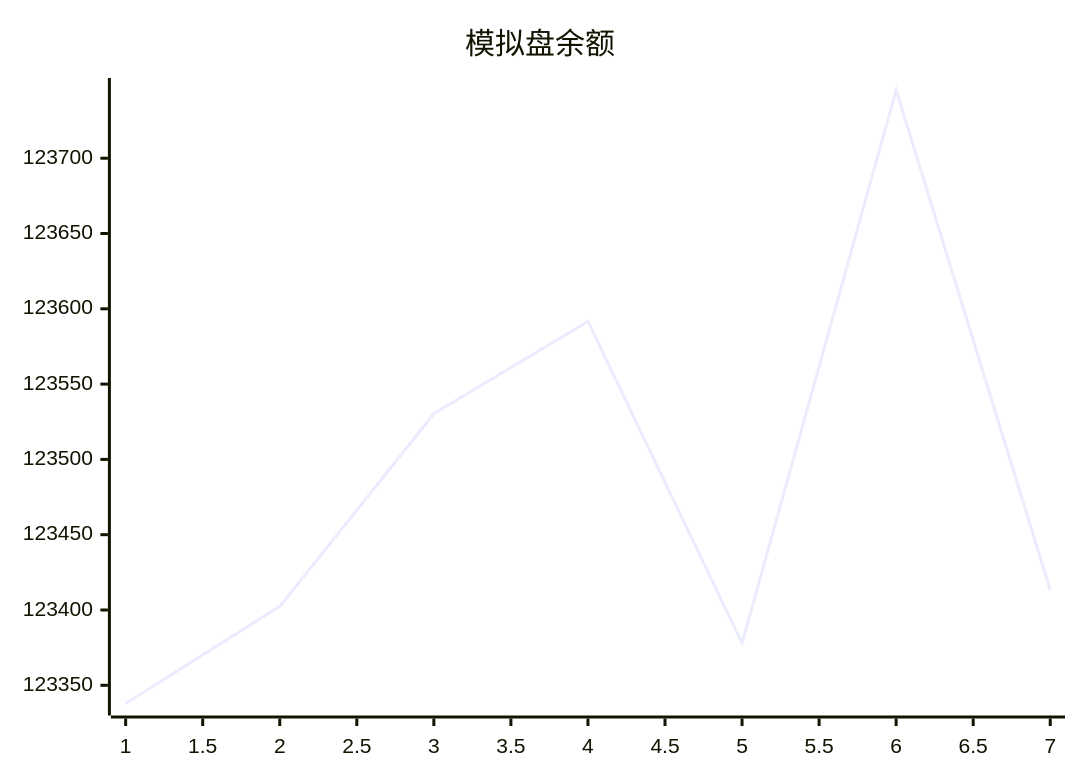
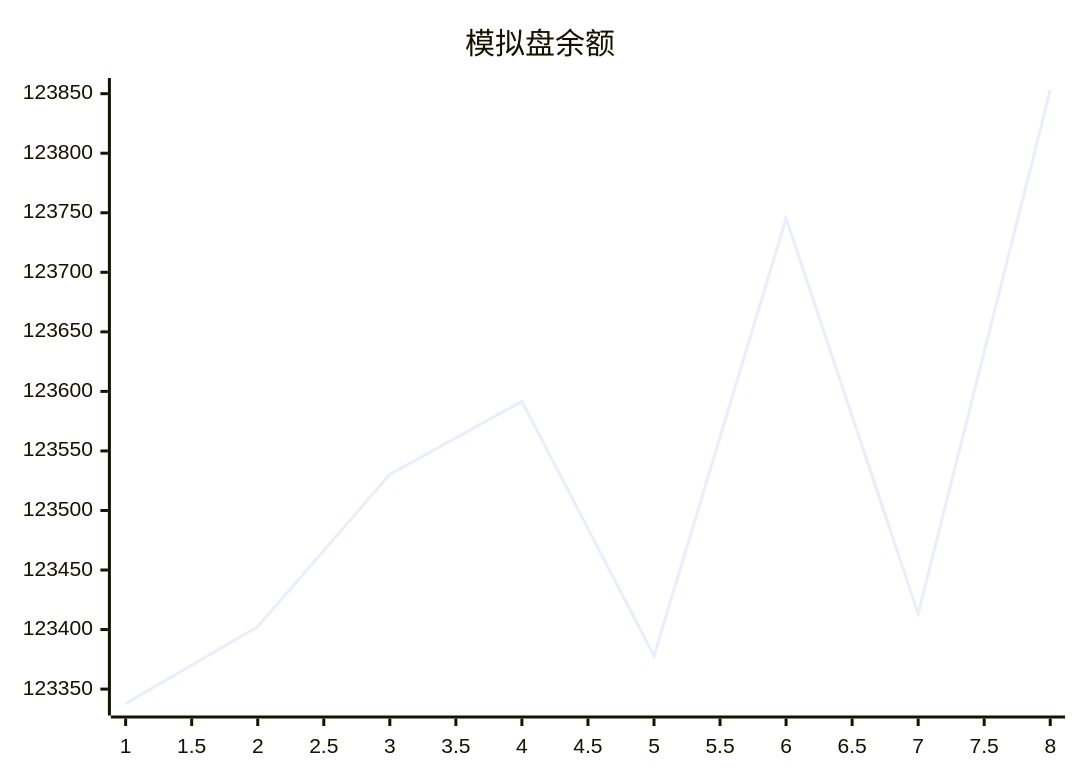
Before and after one commit to aahl/mcp-aktools: the diagram in trading/README.md, drawn with Mermaid. The commit also changed 1 other file, not shown here.

Commit message:
📈 AkTools MCP Server

````diff
--- a/trading/README.md
+++ b/trading/README.md
@@ -3,5 +3,5 @@
 ```mermaid
 xychart
     title "模拟盘余额"
-    line [123337.9,123402.4,123530.3,123591.6,123377.9,123745.3,123413.3]
+    line [123337.9,123402.4,123530.3,123591.6,123377.9,123745.3,123413.3,123853.1]
 ```
````
